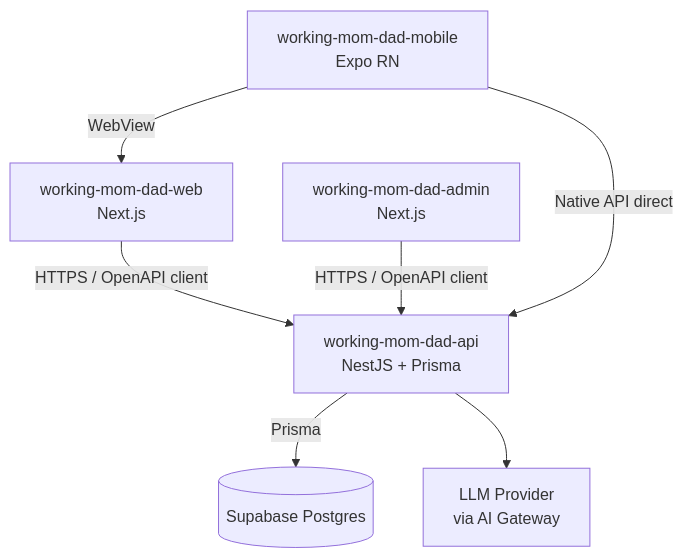
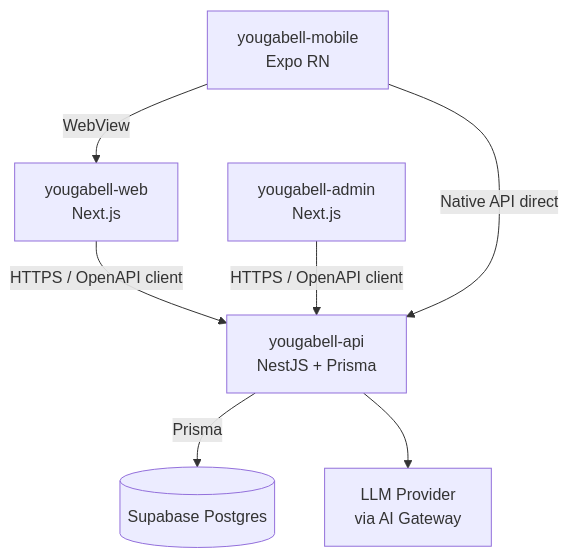
The first of 2 diagrams in docs/design/00-repo-strategy.md (four-lovely-fairies/yougabell-api), drawn with Mermaid before and after one commit. The commit also changed other lines of this file and 6 other files, not shown here.

First line of the commit message:
chore: 조직·앱 이름 변경 (youth-corp/working-mom-dad → four-lovely-fairies/yougabell)

````diff
--- a/docs/design/00-repo-strategy.md
+++ b/docs/design/00-repo-strategy.md
@@ -33,16 +33,16 @@
 ```mermaid
 flowchart TB
     DB[(Supabase Postgres)]
-    API[working-mom-dad-api<br/>NestJS + Prisma]
-    WEB[working-mom-dad-web<br/>Next.js]
-    ADMIN[working-mom-dad-admin<br/>Next.js]
-    APP[working-mom-dad-mobile<br/>Expo RN]
+    API[yougabell-api<br/>NestJS + Prisma]
+    WEB[yougabell-web<br/>Next.js]
+    ADMIN[yougabell-admin<br/>Next.js]
+    APP[yougabell-mobile<br/>Expo RN]
     LLM[LLM Provider<br/>via AI Gateway]
 
     API -- Prisma --> DB
     WEB -- HTTPS / OpenAPI client --> API
     ADMIN -- HTTPS / OpenAPI client --> API
     APP -- WebView --> WEB
     APP -- Native API direct --> API
     API --> LLM
 ```
````
